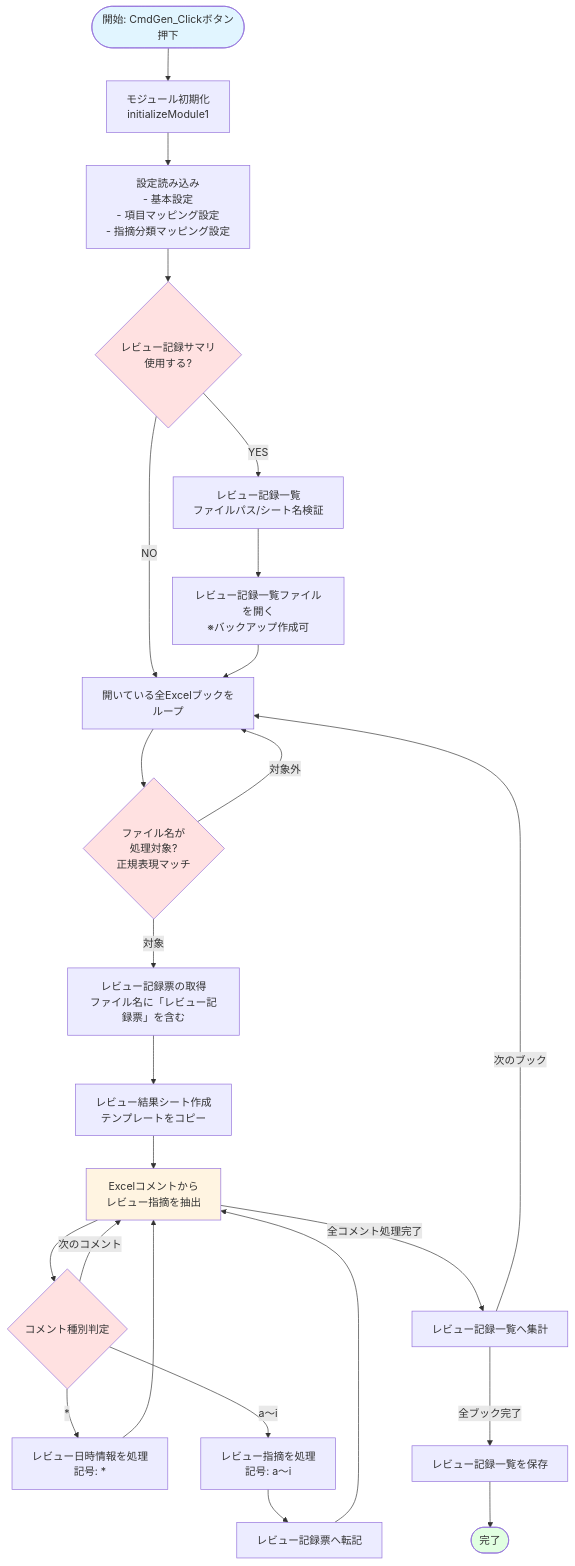
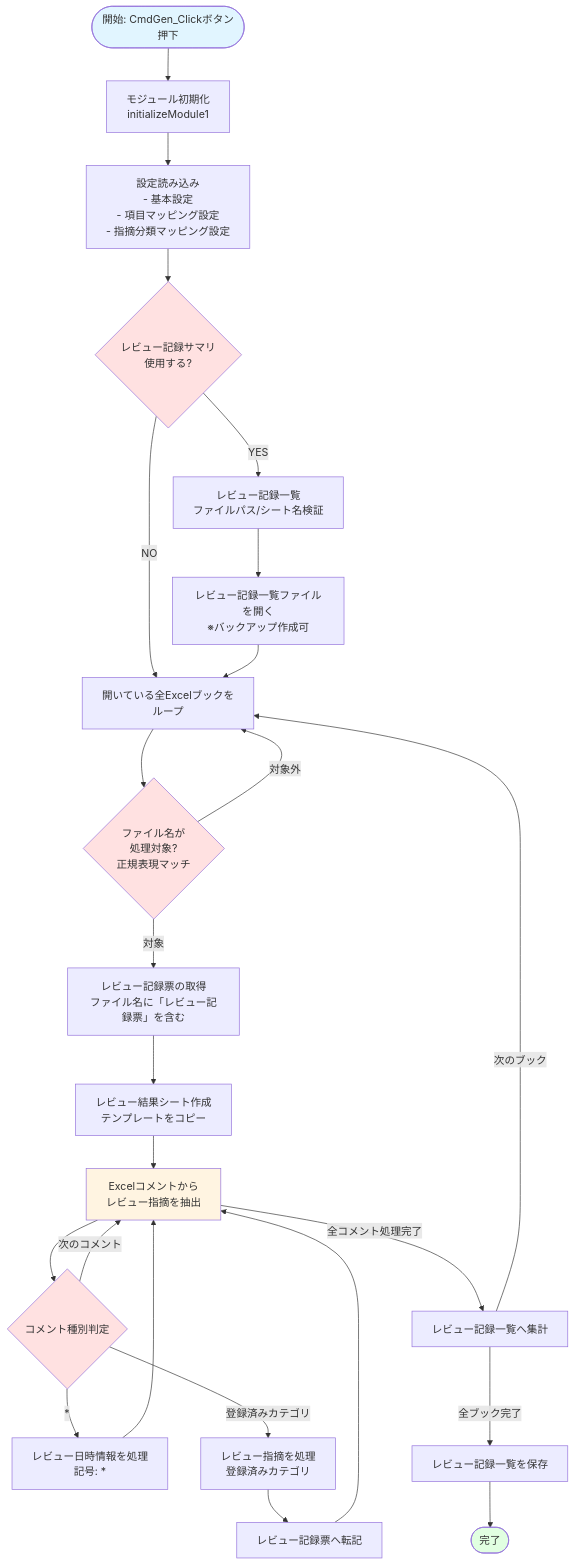
One commit to Fintan-contents/review-support-tool changed the first of 5 diagrams in doctool/docs/03-process-flow.md. Above: the diagram before and after it, drawn with Mermaid. The commit also changed other lines of this file and 14 other files, not shown here.

````diff
--- a/doctool/docs/03-process-flow.md
+++ b/doctool/docs/03-process-flow.md
@@ -9,81 +9,81 @@
 ```mermaid
 flowchart TD
     Start([開始: CmdGen_Clickボタン押下])
 
     Init[モジュール初期化<br/>initializeModule1]
 
     LoadSettings[設定読み込み<br/>- 基本設定<br/>- 項目マッピング設定<br/>- 指摘分類マッピング設定]
 
     CheckReviewList{レビュー記録サマリ<br/>使用する?}
 
     ValidateList[レビュー記録一覧<br/>ファイルパス/シート名検証]
 
     OpenList[レビュー記録一覧ファイルを開く<br/>※バックアップ作成可]
 
     LoopBooks[開いている全Excelブックをループ]
 
     CheckTarget{ファイル名が<br/>処理対象?<br/>正規表現マッチ}
 
     GetReviewRecord[レビュー記録票の取得<br/>ファイル名に「レビュー記録票」を含む]
 
     CreateOutputSheet[レビュー結果シート作成<br/>テンプレートをコピー]
 
     ExtractComments[Excelコメントから<br/>レビュー指摘を抽出]
 
     ParseComment{コメント種別判定}
 
     ProcessDateTime[レビュー日時情報を処理<br/>記号: *]
 
-    ProcessReview[レビュー指摘を処理<br/>記号: a～i]
+    ProcessReview[レビュー指摘を処理<br/>登録済みカテゴリ]
 
     PostToRecord[レビュー記録票へ転記]
 
     PostToList[レビュー記録一覧へ集計]
 
     SaveList[レビュー記録一覧を保存]
 
     Complete([完了])
 
     Start --> Init
     Init --> LoadSettings
     LoadSettings --> CheckReviewList
 
     CheckReviewList -->|YES| ValidateList
     CheckReviewList -->|NO| LoopBooks
 
     ValidateList --> OpenList
     OpenList --> LoopBooks
 
     LoopBooks --> CheckTarget
 
     CheckTarget -->|対象外| LoopBooks
     CheckTarget -->|対象| GetReviewRecord
 
     GetReviewRecord --> CreateOutputSheet
     CreateOutputSheet --> ExtractComments
 
     ExtractComments --> ParseComment
 
     ParseComment -->|*| ProcessDateTime
-    ParseComment -->|a～i| ProcessReview
+    ParseComment -->|登録済みカテゴリ| ProcessReview
     ParseComment -->|次のコメント| ExtractComments
 
     ProcessDateTime --> ExtractComments
     ProcessReview --> PostToRecord
 
     PostToRecord --> ExtractComments
 
     ExtractComments -->|全コメント処理完了| PostToList
 
     PostToList -->|次のブック| LoopBooks
     PostToList -->|全ブック完了| SaveList
 
     SaveList --> Complete
 
     style Start fill:#e1f5ff
     style Complete fill:#e1ffe1
     style CheckReviewList fill:#ffe1e1
     style CheckTarget fill:#ffe1e1
     style ParseComment fill:#ffe1e1
     style ExtractComments fill:#fff4e1
 ```
````
